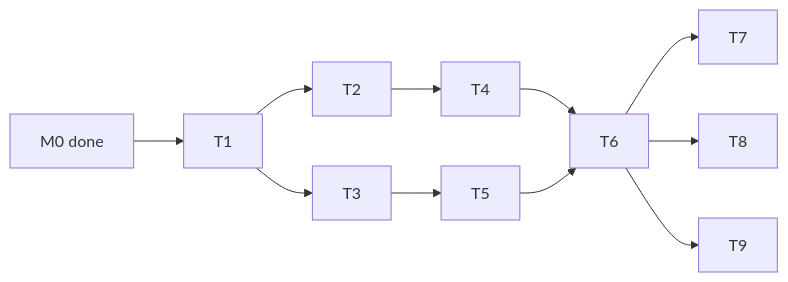
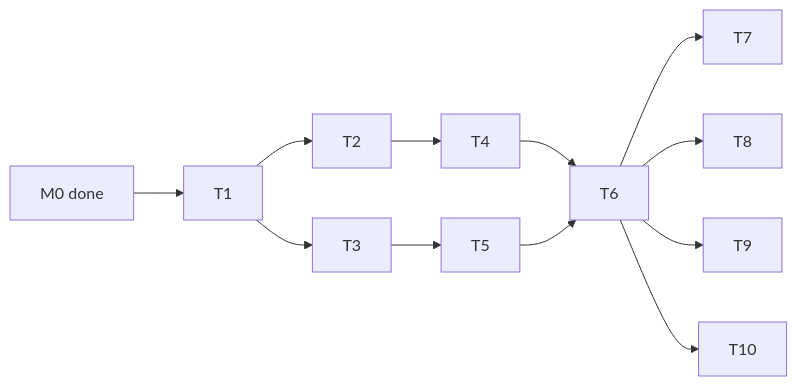
One commit to cr1992/DayZ changed the diagram in specs/active/key-management/tasks.md. Above: the diagram before and after it, drawn with Mermaid. The commit also changed other lines of this file and 16 other files, not shown here.

````diff
--- a/specs/active/key-management/tasks.md
+++ b/specs/active/key-management/tasks.md
@@ -12,13 +14,14 @@
 ```mermaid
 graph LR
   M0[M0 done] --> T1
   T1 --> T2
   T1 --> T3
   T2 --> T4
   T3 --> T5
   T4 --> T6
   T5 --> T6
   T6 --> T7
   T6 --> T8
   T6 --> T9
+  T6 --> T10
 ```
````
